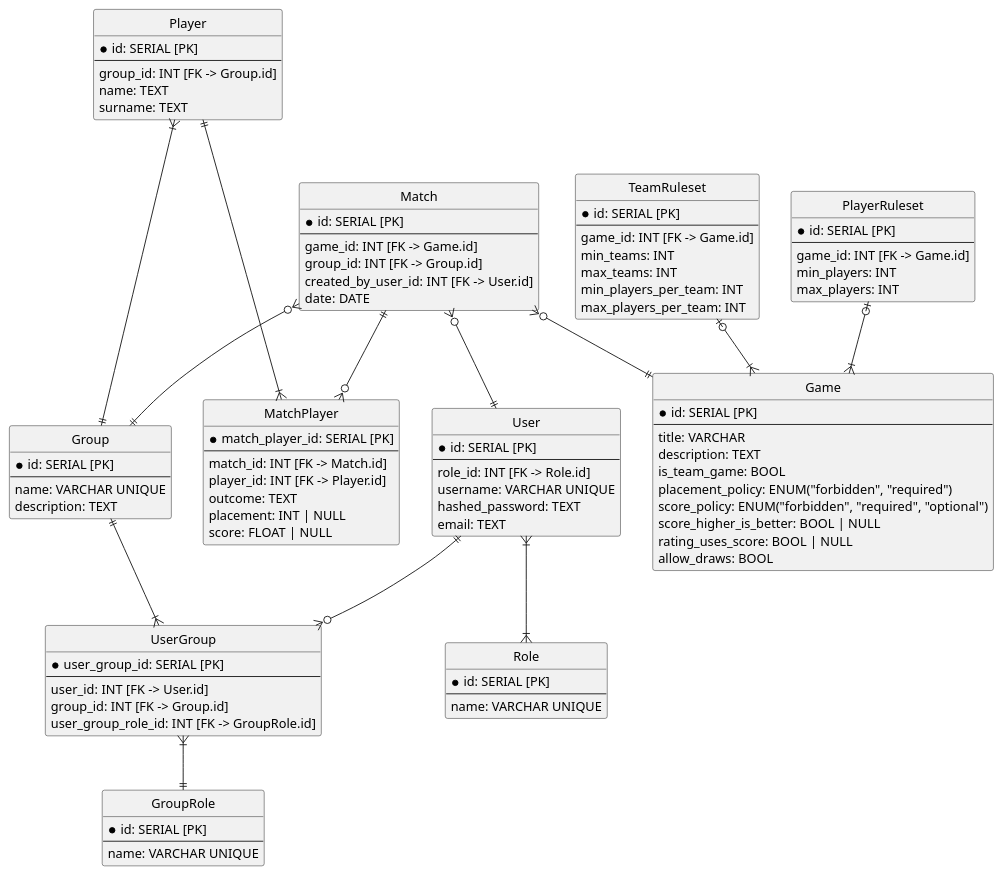
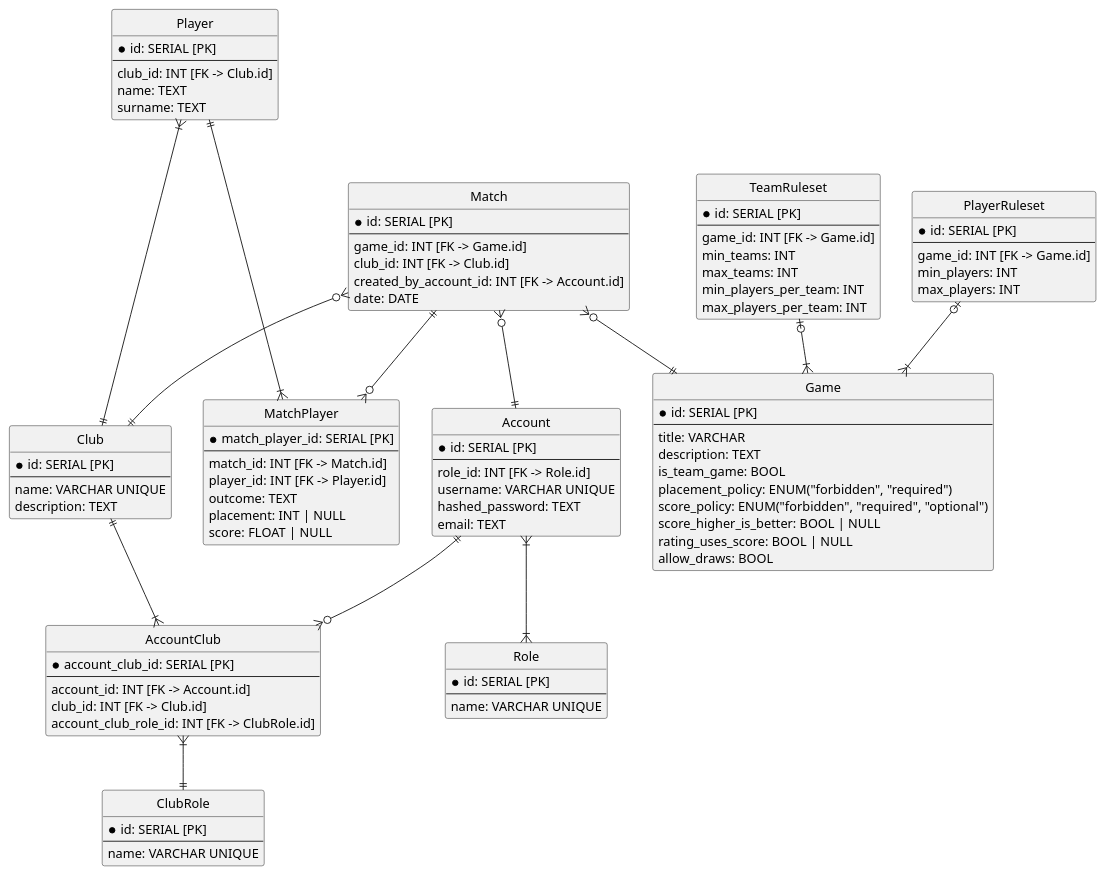
One commit to Sofassssssss/Board-game-tracking changed the diagram in sql_model_scheme/er.puml. Above: the diagram before and after it, drawn with PlantUML. The commit also changed 1 other file, not shown here.

Commit message:
update er diagram

```diff
--- a/sql_model_scheme/er.puml
+++ b/sql_model_scheme/er.puml
@@ -1,113 +1,113 @@
 @startuml
 hide circle
 
 entity Game {
   * id: SERIAL [PK]
   --
   title: VARCHAR
   description: TEXT
   is_team_game: BOOL
   placement_policy: ENUM("forbidden", "required")
   score_policy: ENUM("forbidden", "required", "optional")
   score_higher_is_better: BOOL | NULL
   rating_uses_score: BOOL | NULL
   allow_draws: BOOL
 }
 
 entity PlayerRuleset {
   * id: SERIAL [PK]
   --
   game_id: INT [FK -> Game.id]
   min_players: INT
   max_players: INT
 }
 
 entity TeamRuleset {
   * id: SERIAL [PK]
   --
   game_id: INT [FK -> Game.id]
   min_teams: INT
   max_teams: INT
   min_players_per_team: INT
   max_players_per_team: INT
 }
 
 entity Match {
   * id: SERIAL [PK]
   --
   game_id: INT [FK -> Game.id]
-  group_id: INT [FK -> Group.id]
-  created_by_user_id: INT [FK -> User.id]
+  club_id: INT [FK -> Club.id]
+  created_by_account_id: INT [FK -> Account.id]
   date: DATE
 }
 
-entity Group {
+entity Club {
   * id: SERIAL [PK]
   --
   name: VARCHAR UNIQUE
   description: TEXT
 }
 
-entity User {
+entity Account {
   * id: SERIAL [PK]
   --
   role_id: INT [FK -> Role.id]
   username: VARCHAR UNIQUE
   hashed_password: TEXT
   email: TEXT
 }
 
-entity UserGroup{
-    * user_group_id: SERIAL [PK]
+entity AccountClub{
+    * account_club_id: SERIAL [PK]
     --
-    user_id: INT [FK -> User.id]
-    group_id: INT [FK -> Group.id]
-    user_group_role_id: INT [FK -> GroupRole.id]
+    account_id: INT [FK -> Account.id]
+    club_id: INT [FK -> Club.id]
+    account_club_role_id: INT [FK -> ClubRole.id]
 }
 
 entity MatchPlayer{
     * match_player_id: SERIAL [PK]
     --
     match_id: INT [FK -> Match.id]
     player_id: INT [FK -> Player.id]
     outcome: TEXT
     placement: INT | NULL
     score: FLOAT | NULL
 }
 
 entity Player {
   * id: SERIAL [PK]
   --
-  group_id: INT [FK -> Group.id]
+  club_id: INT [FK -> Club.id]
   name: TEXT
   surname: TEXT
 }
 
 entity Role {
   * id: SERIAL [PK]
   --
   name: VARCHAR UNIQUE
 }
 
-entity GroupRole {
+entity ClubRole {
   * id: SERIAL [PK]
   --
   name: VARCHAR UNIQUE
 }
 
 
 Match }o--|| Game
-Match }o--|| Group
-Match }o--|| User
+Match }o--|| Club
+Match }o--|| Account
 Match ||-o{ MatchPlayer
-Player }|---|| Group
+Player }|---|| Club
 Player ||---|{ MatchPlayer
-User }|--|{ Role
-User ||--o{ UserGroup
-Group ||--|{ UserGroup
-UserGroup }|--|| GroupRole
+Account }|--|{ Role
+Account ||--o{ AccountClub
+Club ||--|{ AccountClub
+AccountClub }|--|| ClubRole
 PlayerRuleset |o--|{ Game
 TeamRuleset |o--|{ Game
 
 
 @enduml
```
